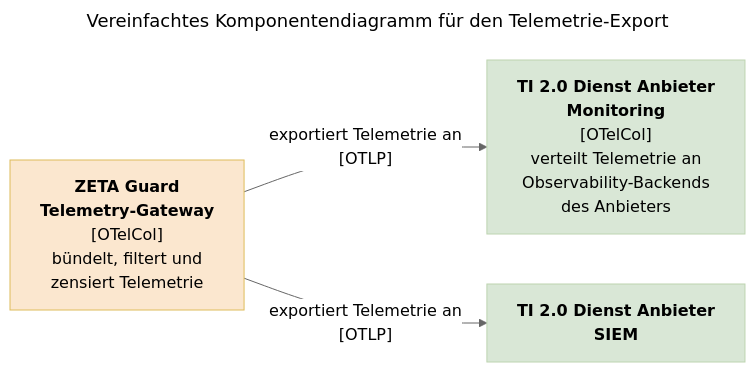
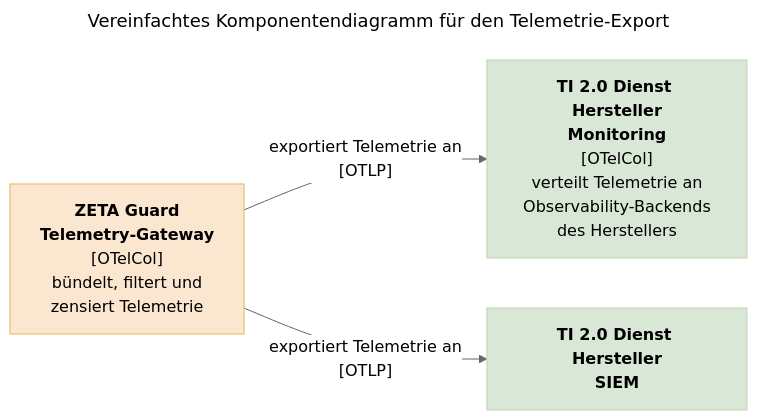
Before and after one commit to gematik/zeta: the diagram in docs/user-manual/Anleitungen/Wie_Sie_ein_Observability-Backend_an_ZETA-Guard_anschließen.md, drawn with Mermaid (neutral theme). The commit also changed other lines of this file and 14 other files, not shown here.

````diff
--- a/docs/user-manual/Anleitungen/Wie_Sie_ein_Observability-Backend_an_ZETA-Guard_anschließen.md
+++ b/docs/user-manual/Anleitungen/Wie_Sie_ein_Observability-Backend_an_ZETA-Guard_anschließen.md
@@ -20,30 +22,30 @@
 ```mermaid
 ---
 title: Vereinfachtes Komponentendiagramm für den Telemetrie-Export
 ---
 flowchart LR
-    DienstAnbieterMonitoring["`**TI 2.0 Dienst Anbieter
+    DienstAnbieterMonitoring["`**TI 2.0 Dienst Hersteller
      Monitoring**
      [OTelCol]
      verteilt Telemetrie an
       Observability-Backends
-       des Anbieters`"]
-    DienstAnbieterSiem["`**TI 2.0 Dienst Anbieter
+       des Herstellers`"]
+    DienstAnbieterSiem["`**TI 2.0 Dienst Hersteller
      SIEM**`"]
     Gateway["`**ZETA Guard
      Telemetry-Gateway**
                     [OTelCol]
                     bündelt, filtert und
                     zensiert Telemetrie`"]
     Gateway -->|"`exportiert Telemetrie an
         [OTLP]`"| DienstAnbieterMonitoring
     Gateway -->|"`exportiert Telemetrie an
         [OTLP]`"| DienstAnbieterSiem
 %% styling
     classDef KomponenteAnwendung fill: #d9e7d6, stroke:#bdd4b0;
     classDef KomponenteBestehend fill: #eeeeee, stroke: black;
     classDef KomponenteZeta fill: #fbe7cf, stroke:#debc5a;
 
     class AuthServer,Gateway,HttpProxy,LogCollector,PolicyEngine KomponenteZeta;
     class DienstAnbieterMonitoring,DienstAnbieterSiem KomponenteAnwendung;
 ```
````
